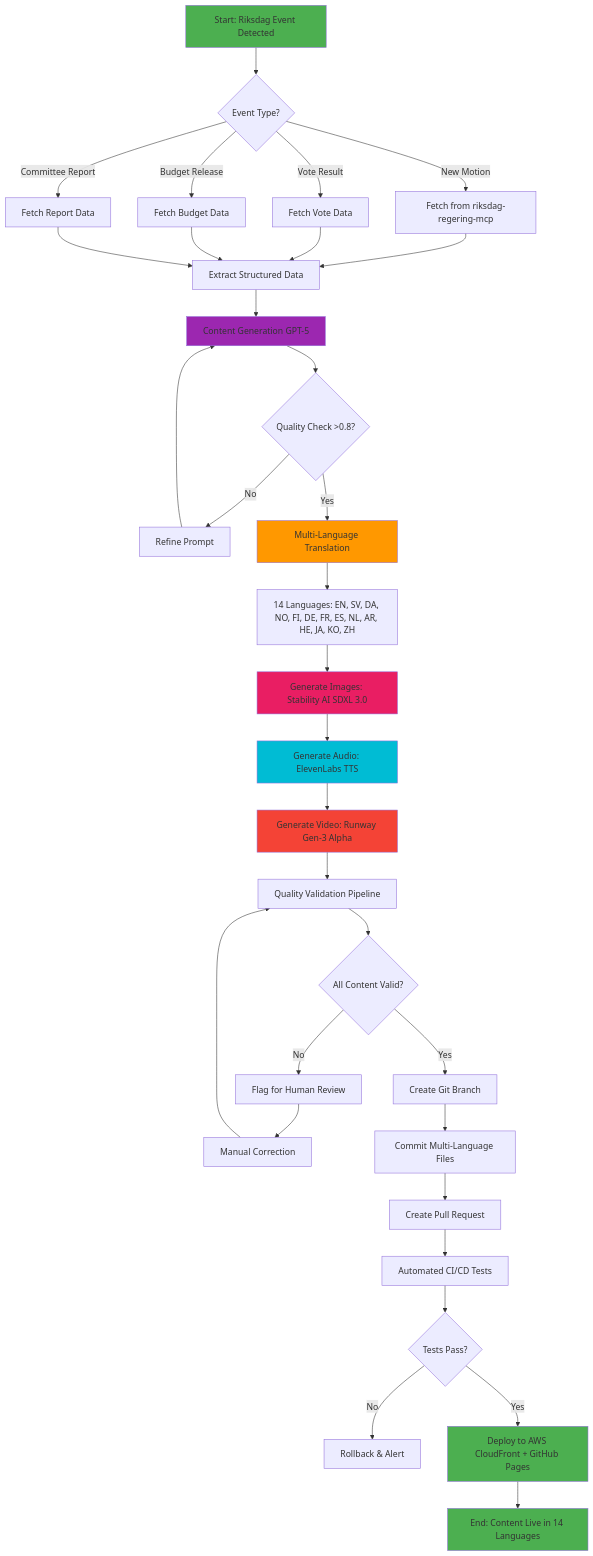
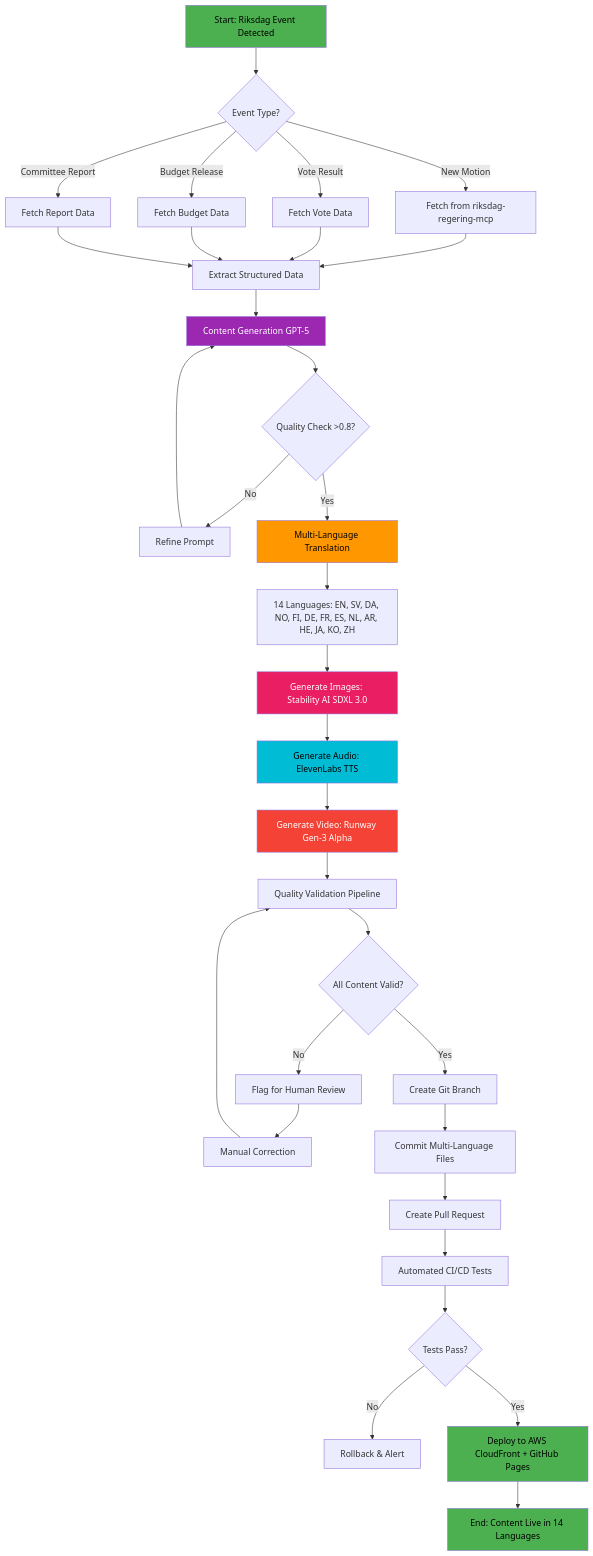
One commit to Hack23/riksdagsmonitor changed the first of 15 diagrams in FUTURE_FLOWCHART.md. Above: the diagram before and after it, drawn with Mermaid. The commit also changed other lines of this file and 11 other files, not shown here.

First line of the commit message:
Fix broken mermaid diagrams: SWOT gantt, quadrantChart theming, init quotes, text colors

````diff
--- a/FUTURE_FLOWCHART.md
+++ b/FUTURE_FLOWCHART.md
@@ -82,55 +82,55 @@
 ```mermaid
 flowchart TD
     A[Start: Riksdag Event Detected] --> B{Event Type?}
     
     B -->|New Motion| C[Fetch from riksdag-regering-mcp]
     B -->|Vote Result| D[Fetch Vote Data]
     B -->|Budget Release| E[Fetch Budget Data]
     B -->|Committee Report| F[Fetch Report Data]
     
     C --> G[Extract Structured Data]
     D --> G
     E --> G
     F --> G
     
     G --> H[Content Generation GPT-5]
     H --> I{Quality Check >0.8?}
     
     I -->|No| J[Refine Prompt]
     J --> H
     
     I -->|Yes| K[Multi-Language Translation]
     K --> L[14 Languages: EN, SV, DA, NO, FI, DE, FR, ES, NL, AR, HE, JA, KO, ZH]
     
     L --> M[Generate Images: Stability AI SDXL 3.0]
     M --> N[Generate Audio: ElevenLabs TTS]
     N --> O[Generate Video: Runway Gen-3 Alpha]
     
     O --> P[Quality Validation Pipeline]
     P --> Q{All Content Valid?}
     
     Q -->|No| R[Flag for Human Review]
     R --> S[Manual Correction]
     S --> P
     
     Q -->|Yes| T[Create Git Branch]
     T --> U[Commit Multi-Language Files]
     U --> V[Create Pull Request]
     
     V --> W[Automated CI/CD Tests]
     W --> X{Tests Pass?}
     
     X -->|No| Y[Rollback & Alert]
     X -->|Yes| Z[Deploy to AWS CloudFront + GitHub Pages]
     
     Z --> AA[End: Content Live in 14 Languages]
     
-    style A fill:#4caf50
-    style H fill:#9c27b0
-    style K fill:#ff9800
-    style M fill:#e91e63
-    style N fill:#00bcd4
-    style O fill:#f44336
-    style Z fill:#4caf50
-    style AA fill:#4caf50
+    style A fill:#4caf50,color:#000000
+    style H fill:#9c27b0,color:#ffffff
+    style K fill:#ff9800,color:#000000
+    style M fill:#e91e63,color:#ffffff
+    style N fill:#00bcd4,color:#000000
+    style O fill:#f44336,color:#ffffff
+    style Z fill:#4caf50,color:#000000
+    style AA fill:#4caf50,color:#000000
 ```
````
